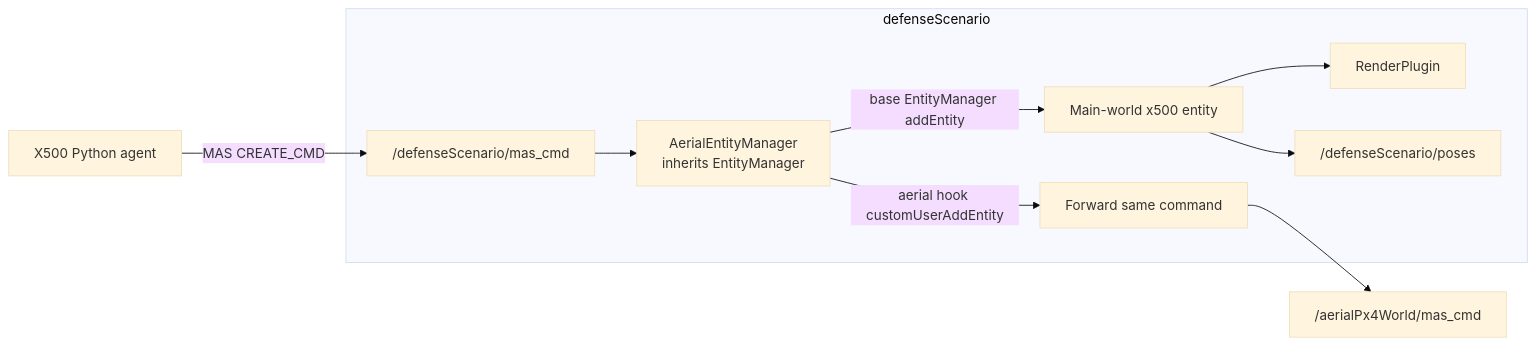
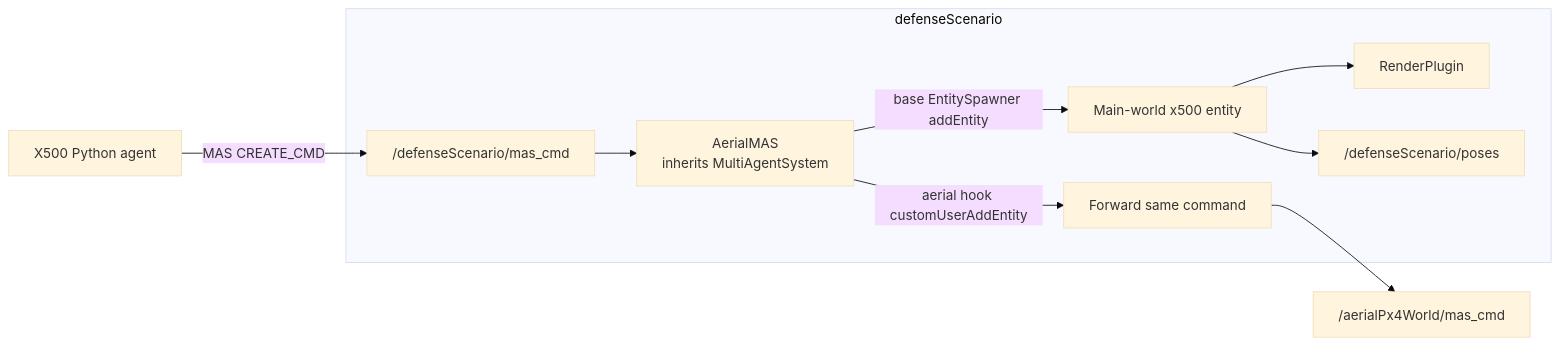
The second of 4 diagrams in docs/PX4_Documentation/PX4_Flow_Diagram.md (IRL-Crossing-CNRS/LOTUSim), drawn with Mermaid (base theme) before and after one commit. The commit also changed other lines of this file and 3 other files, not shown here.

````diff
--- a/docs/PX4_Documentation/PX4_Flow_Diagram.md
+++ b/docs/PX4_Documentation/PX4_Flow_Diagram.md
@@ -80,16 +80,16 @@
 ```mermaid
 flowchart LR
     X500Agent["X500 Python agent"] -->|MAS CREATE_CMD| MainMAS["/defenseScenario/mas_cmd"]
 
     subgraph MainWorld["defenseScenario"]
-        MainMAS --> AEM["AerialEntityManager<br>inherits EntityManager"]
+        MainMAS --> AEM["AerialMAS<br>inherits MultiAgentSystem"]
 
-        AEM -->|base EntityManager addEntity| MainX500["Main-world x500 entity"]
+        AEM -->|base EntitySpawner addEntity| MainX500["Main-world x500 entity"]
         AEM -->|aerial hook customUserAddEntity| Forward["Forward same command"]
 
         MainX500 --> RenderPlugin["RenderPlugin"]
         MainX500 --> PoseTopic["/defenseScenario/poses"]
     end
 
     Forward --> AerialMAS["/aerialPx4World/mas_cmd"]
 ```
````
